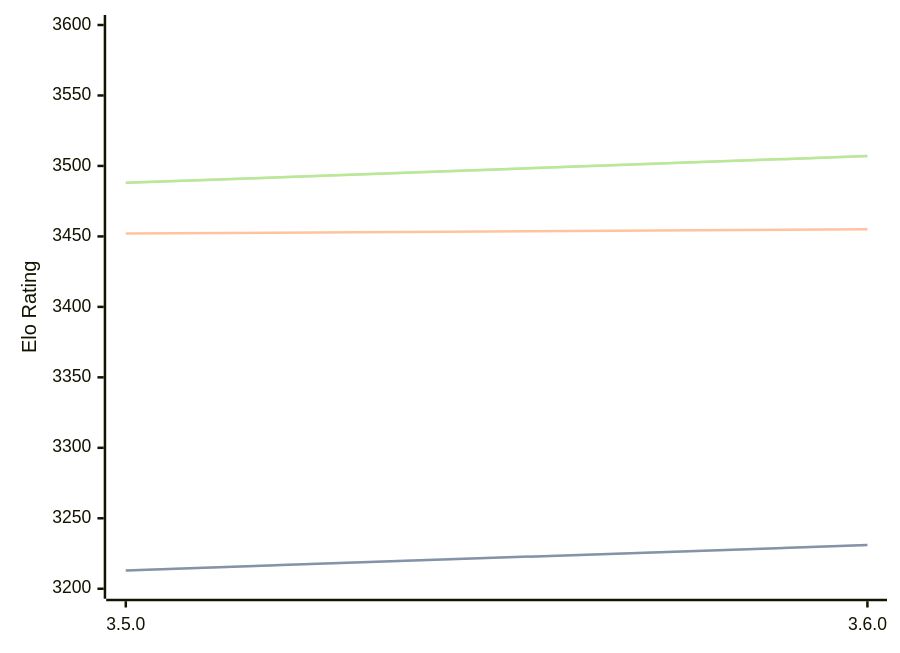
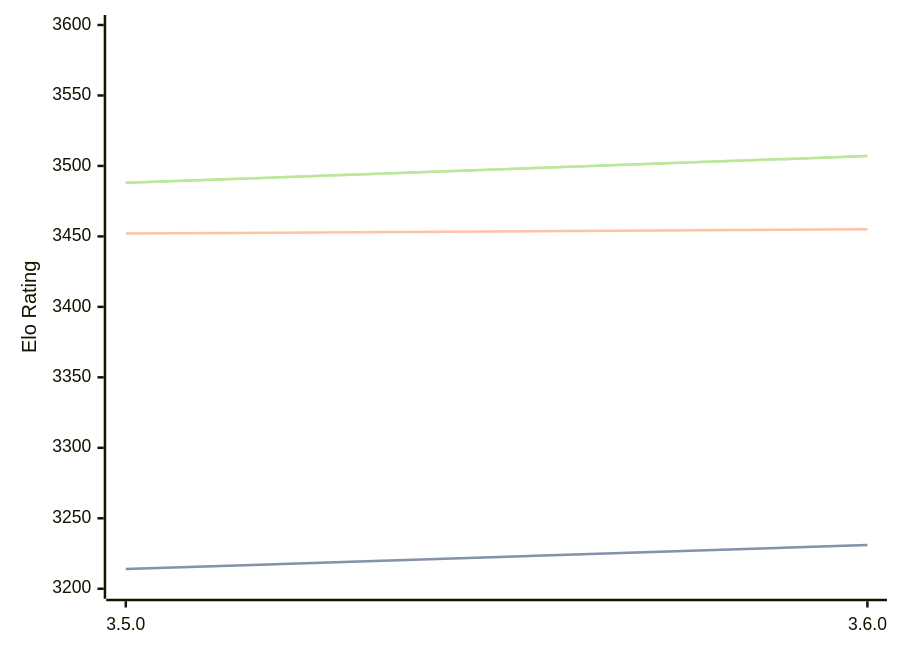
The diagram in engines/Igel.md (computer-chess-index/cci), drawn with Mermaid before and after one commit. The commit also changed other lines of this file, not shown here.

````diff
--- a/engines/Igel.md
+++ b/engines/Igel.md
@@ -68,11 +68,11 @@
 ```mermaid
 %%{init: {"theme":"base","themeVariables":{"seriesColors:['#a3a3a3','#222221','#faa371']}}}%%
 xychart-beta
   x-axis ["3.5.0", "3.6.0"]
   y-axis "Elo Rating" 3200 --> 3600
-  line "STC (8.0+0.08s)" [3213, 3231]
-  line "STC (8.0+0.08s)" [3213, 3231]
+  line "STC (8.0+0.08s)" [3214, 3231]
+  line "STC (8.0+0.08s)" [3214, 3231]
   line "LTC (60.0+0.60s)" [3452, 3455]
   line "VLTC (2m24s+1.12s)" [3488, 3507]
   line "VLTC (2m24s+1.12s)" [3488, 3507]
 ```
````
